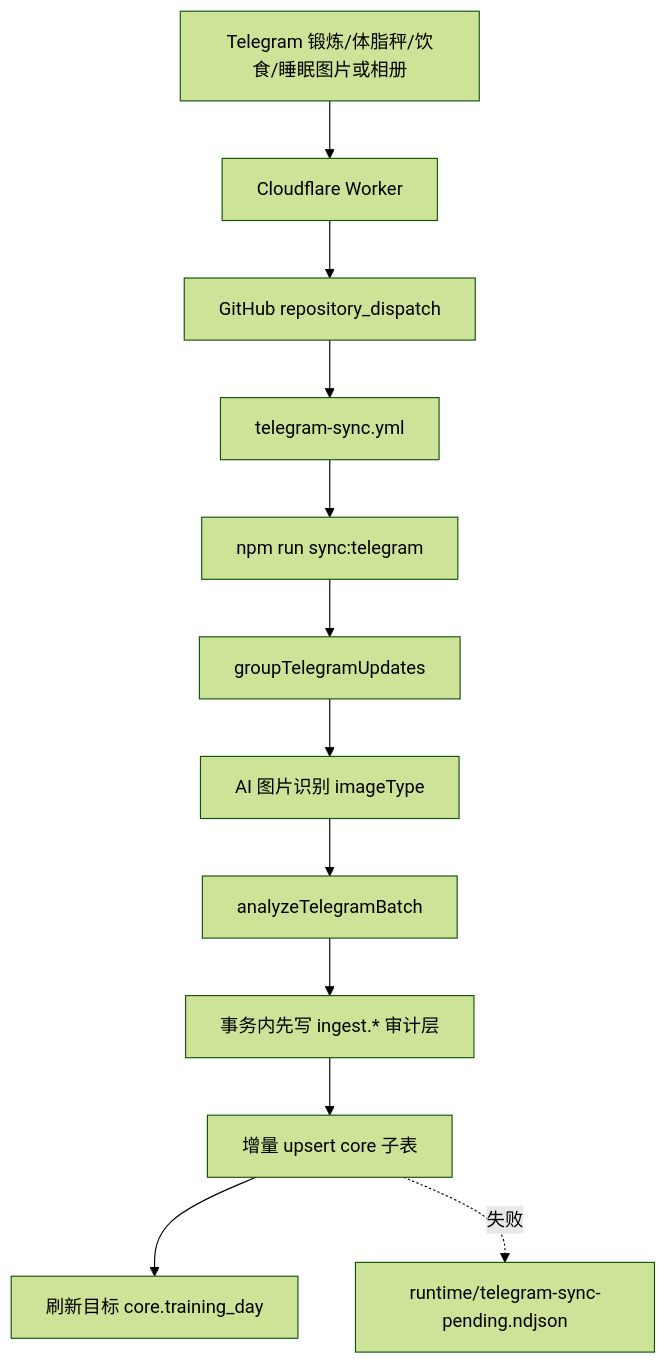
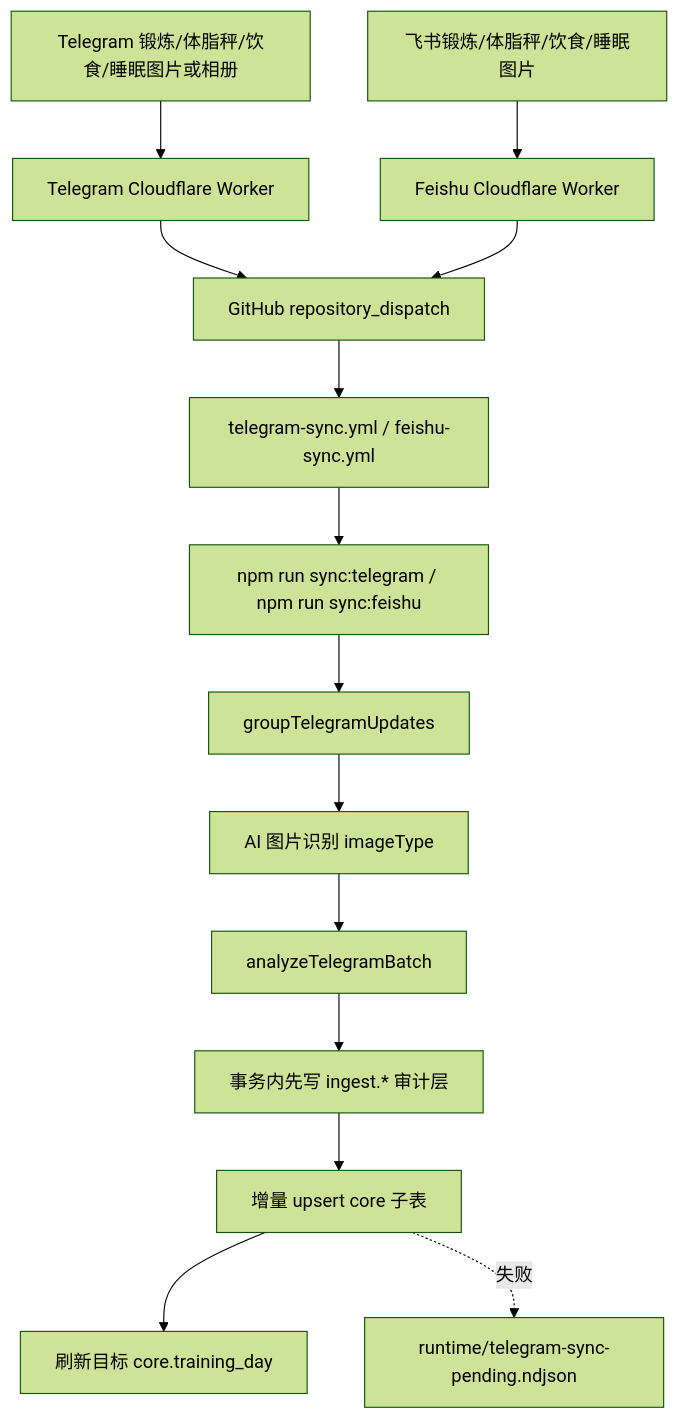
Before and after one commit to soulgo/training_records: the second of 4 diagrams in docs/数据流转/数据流转说明.md, drawn with Mermaid (forest theme). The commit also changed other lines of this file and 42 other files, not shown here.

Commit message:
Release 1.2.9 with Feishu sync

````diff
--- a/docs/数据流转/数据流转说明.md
+++ b/docs/数据流转/数据流转说明.md
@@ -24,14 +24,16 @@
 ```mermaid
 flowchart TD
-  T["Telegram 锻炼/体脂秤/饮食/睡眠图片或相册"] --> W["Cloudflare Worker"]
+  T["Telegram 锻炼/体脂秤/饮食/睡眠图片或相册"] --> W["Telegram Cloudflare Worker"]
+  F["飞书锻炼/体脂秤/饮食/睡眠图片"] --> FW["Feishu Cloudflare Worker"]
   W --> R["GitHub repository_dispatch"]
-  R --> A["telegram-sync.yml"]
-  A --> S["npm run sync:telegram"]
+  FW --> R
+  R --> A["telegram-sync.yml / feishu-sync.yml"]
+  A --> S["npm run sync:telegram / npm run sync:feishu"]
   S --> G["groupTelegramUpdates"]
   G --> AI["AI 图片识别 imageType"]
   AI --> N["analyzeTelegramBatch"]
   N --> I["事务内先写 ingest.* 审计层"]
   I --> DB["增量 upsert core 子表"]
   DB --> D["刷新目标 core.training_day"]
   DB -. "失败" .-> Q["runtime/telegram-sync-pending.ndjson"]
 ```
````
